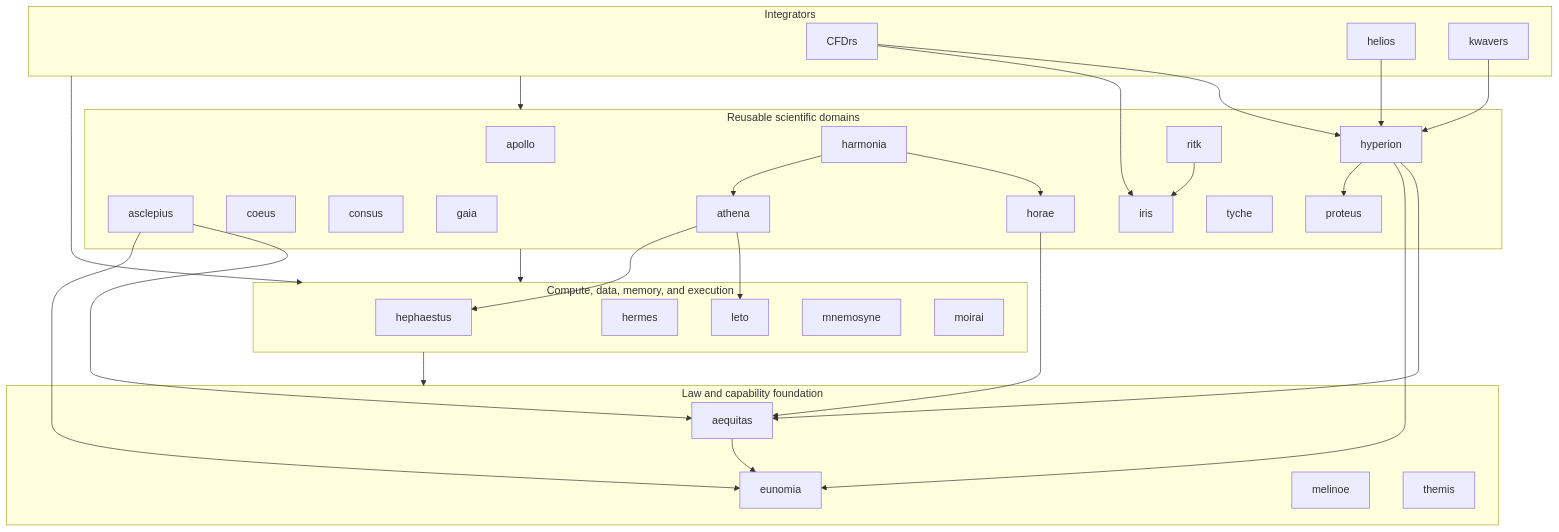
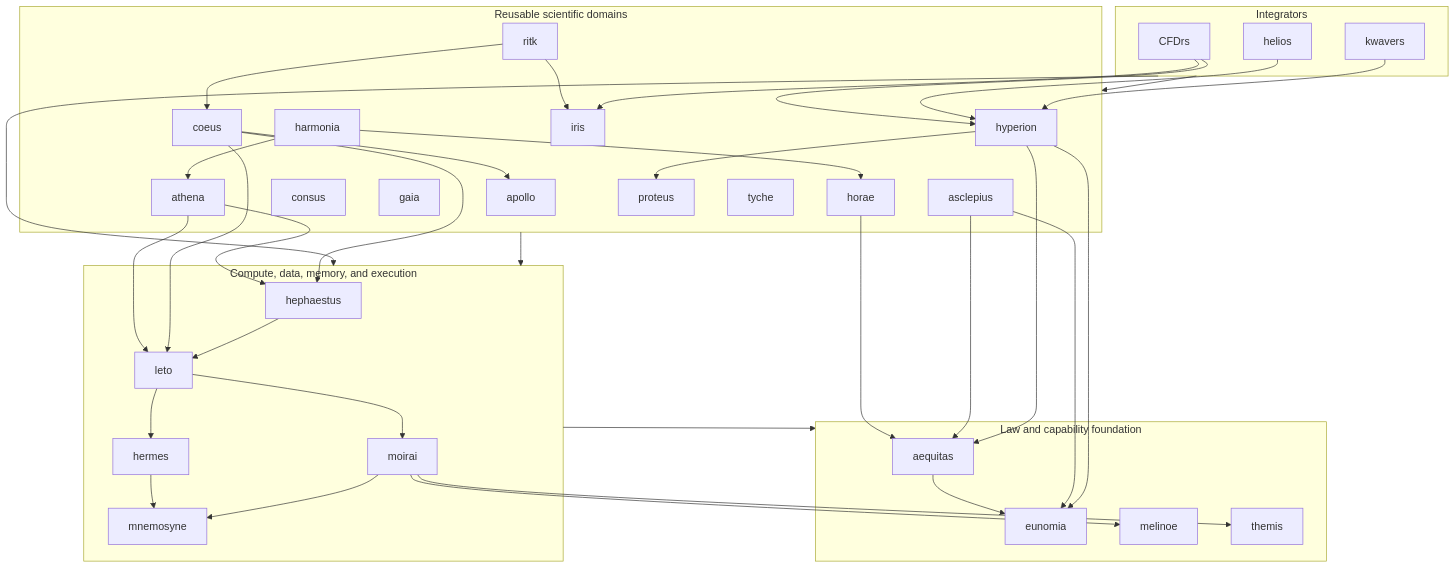
Before and after one commit to ryancinsight/atlas: the diagram in README.md, drawn with Mermaid. The commit also changed other lines of this file and 10 other files, not shown here.

````diff
--- a/README.md
+++ b/README.md
@@ -80,60 +137,71 @@
 ```mermaid
 flowchart TB
     subgraph Integrators
         CFDrs
         helios
         kwavers
     end
 
     subgraph Domains["Reusable scientific domains"]
         apollo
         asclepius
         coeus
         consus
         gaia
         harmonia
         hyperion
         horae
         iris
         athena
         proteus
         ritk
         tyche
     end
 
     subgraph Compute["Compute, data, memory, and execution"]
         hephaestus
         hermes
         leto
         mnemosyne
         moirai
     end
 
     subgraph Foundation["Law and capability foundation"]
         aequitas
         eunomia
         melinoe
         themis
     end
 
     Integrators --> Domains
     Integrators --> Compute
     Domains --> Compute
     Compute --> Foundation
     aequitas --> eunomia
     horae --> aequitas
     athena --> leto
     athena --> hephaestus
     harmonia --> horae
     harmonia --> athena
     asclepius --> aequitas
     asclepius --> eunomia
     hyperion --> aequitas
     hyperion --> eunomia
     hyperion --> proteus
     CFDrs --> hyperion
     helios --> hyperion
     kwavers --> hyperion
     ritk --> iris
     CFDrs --> iris
+    coeus --> apollo
+    coeus --> leto
+    coeus --> hephaestus
+    ritk --> coeus
+    hephaestus --> leto
+    leto --> hermes
+    leto --> moirai
+    hermes --> mnemosyne
+    moirai --> mnemosyne
+    moirai --> melinoe
+    moirai --> themis
 ```
````
